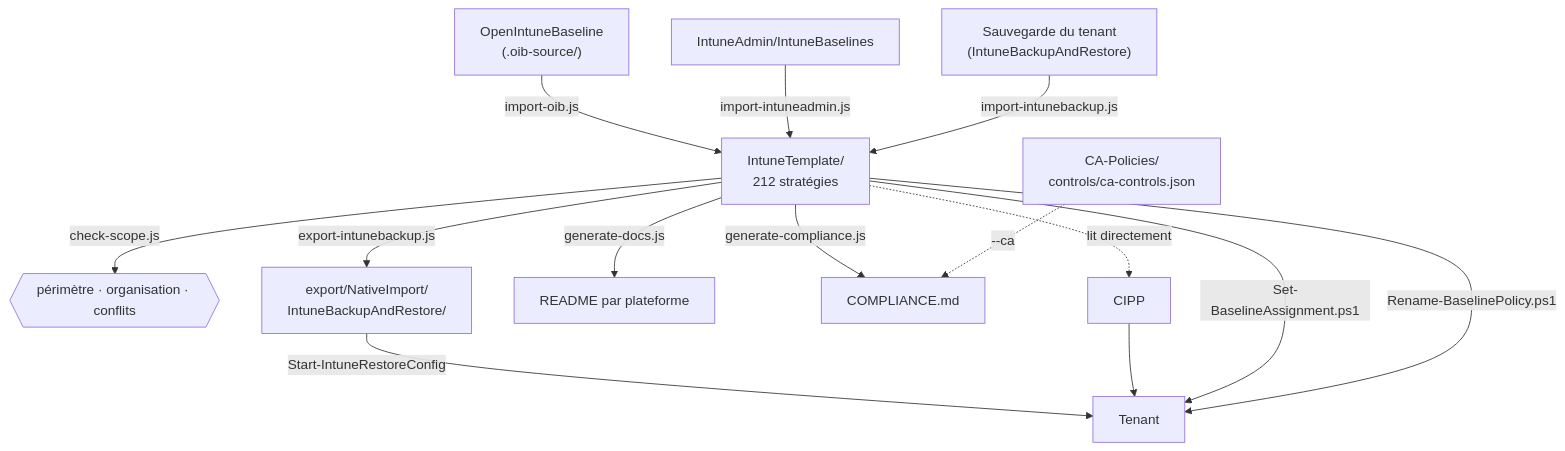
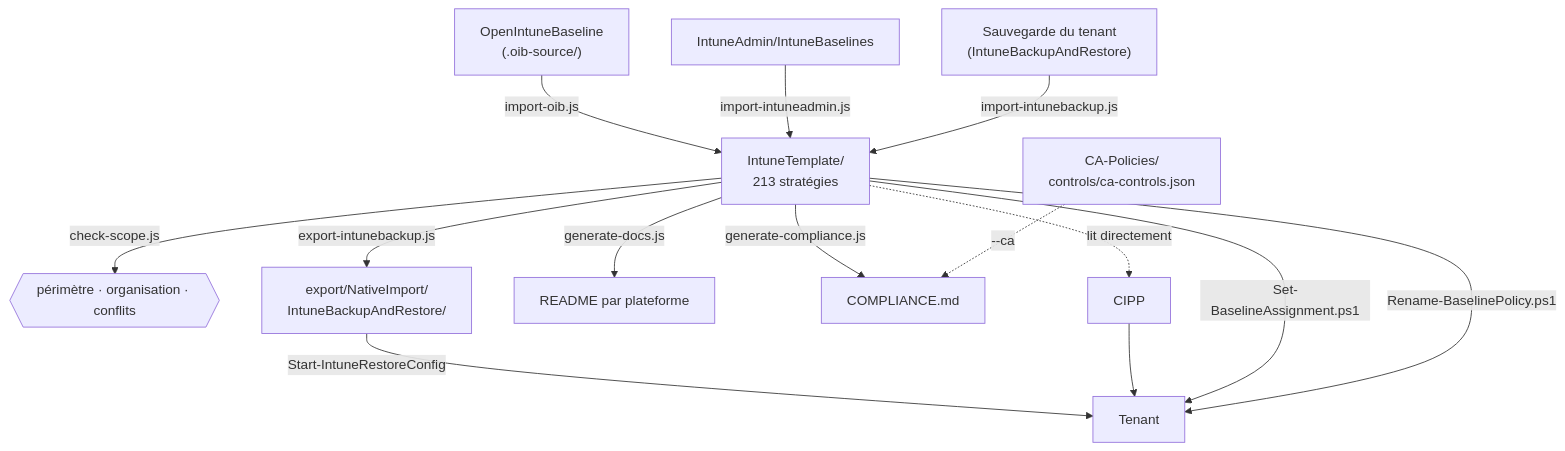
The diagram in scripts/README.fr.md (sjkanon/IntuneBackup), drawn with Mermaid before and after one commit. The commit also changed 30 other files, not shown here.

````diff
--- a/scripts/README.fr.md
+++ b/scripts/README.fr.md
@@ -9,17 +9,17 @@
 ```mermaid
 flowchart TD
   OIB["OpenIntuneBaseline<br/>(.oib-source/)"] -->|import-oib.js| T
   IA["IntuneAdmin/IntuneBaselines"] -->|import-intuneadmin.js| T
   TEN["Sauvegarde du tenant<br/>(IntuneBackupAndRestore)"] -->|import-intunebackup.js| T
-  T["IntuneTemplate/<br/>212 stratégies"]
+  T["IntuneTemplate/<br/>213 stratégies"]
   T -->|check-scope.js| CHK{{"périmètre · organisation · conflits"}}
   T -->|export-intunebackup.js| EX["export/NativeImport/<br/>IntuneBackupAndRestore/"]
   T -->|generate-docs.js| DOC["README par plateforme"]
   T -->|generate-compliance.js| CMP["COMPLIANCE.md"]
   CA["CA-Policies/<br/>controls/ca-controls.json"] -.->|--ca| CMP
   T -.->|lit directement| CIPP["CIPP"]
   EX -->|Start-IntuneRestoreConfig| TENANT["Tenant"]
   CIPP --> TENANT
   T -->|Set-BaselineAssignment.ps1| TENANT
   T -->|Rename-BaselinePolicy.ps1| TENANT
 ```
````
